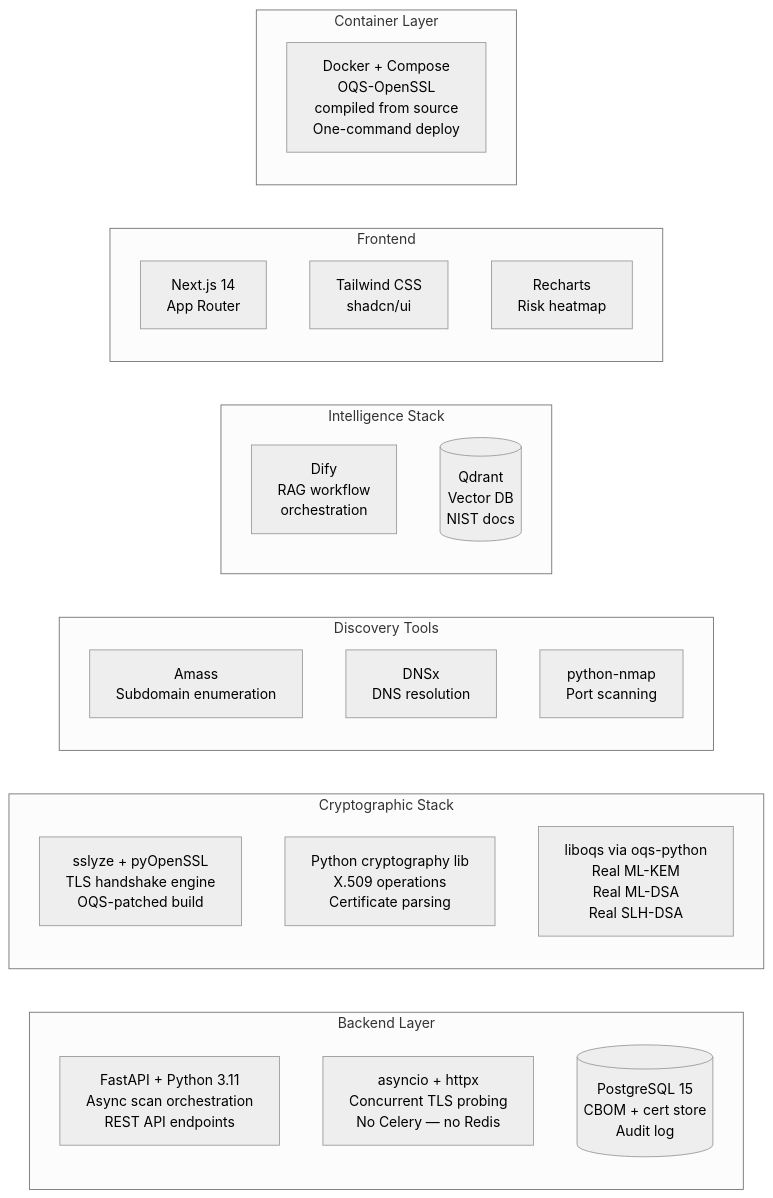
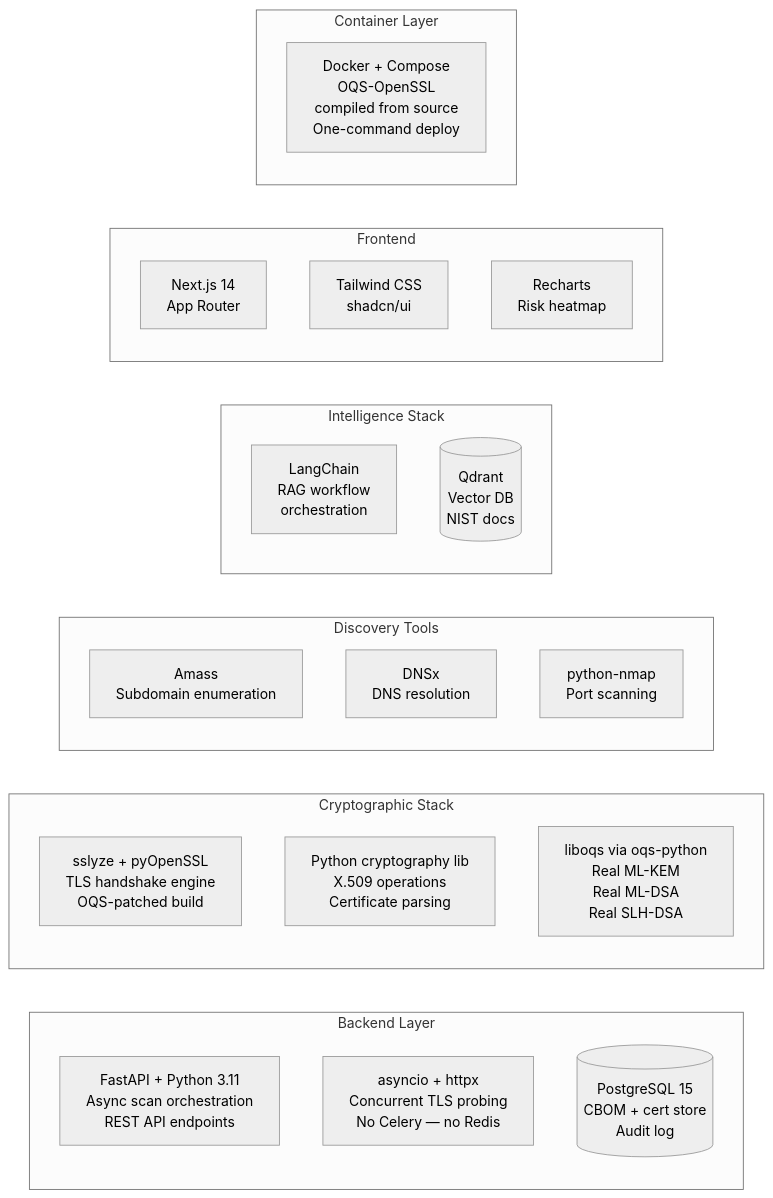
Diagram 11 of 12 in SOLUTION.md (notgautham/Aegis), drawn with Mermaid (neutral theme) before and after one commit. The commit also changed other lines of this file and 7 other files, not shown here.

````diff
--- a/SOLUTION.md
+++ b/SOLUTION.md
@@ -622,35 +622,35 @@
 ```mermaid
 graph LR
     subgraph BACKEND["Backend Layer"]
         FA[FastAPI + Python 3.11<br>Async scan orchestration<br>REST API endpoints]
         ASYNC[asyncio + httpx<br>Concurrent TLS probing<br>No Celery — no Redis]
         PG[(PostgreSQL 15<br>CBOM + cert store<br>Audit log)]
     end
 
     subgraph CRYPTO_STACK["Cryptographic Stack"]
         SSL[sslyze + pyOpenSSL<br>TLS handshake engine<br>OQS-patched build]
         CRYPTOLIB[Python cryptography lib<br>X.509 operations<br>Certificate parsing]
         OQS[liboqs via oqs-python<br>Real ML-KEM<br>Real ML-DSA<br>Real SLH-DSA]
     end
 
     subgraph DISCOVERY["Discovery Tools"]
         AMASS[Amass<br>Subdomain enumeration]
         DNSX[DNSx<br>DNS resolution]
         NMAP[python-nmap<br>Port scanning]
     end
 
     subgraph INTEL["Intelligence Stack"]
-        DIFY_T[Dify<br>RAG workflow<br>orchestration]
+        LangChain_T[LangChain<br>RAG workflow<br>orchestration]
         QDRANT_T[(Qdrant<br>Vector DB<br>NIST docs)]
     end
 
     subgraph FRONTEND["Frontend"]
         NEXT[Next.js 14<br>App Router]
         TAIL[Tailwind CSS<br>shadcn/ui]
         RECHARTS[Recharts<br>Risk heatmap]
     end
 
     subgraph CONTAINER["Container Layer"]
         DOCKER[Docker + Compose<br>OQS-OpenSSL<br>compiled from source<br>One-command deploy]
     end
 ```
````
